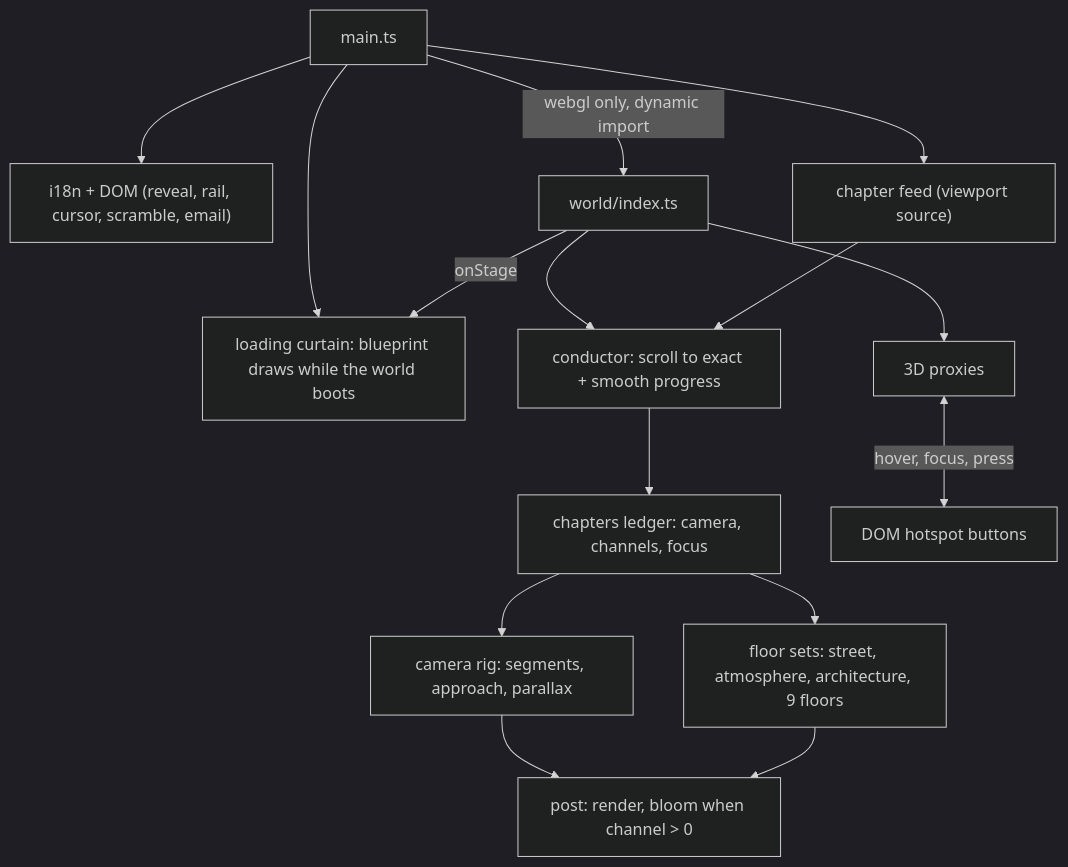
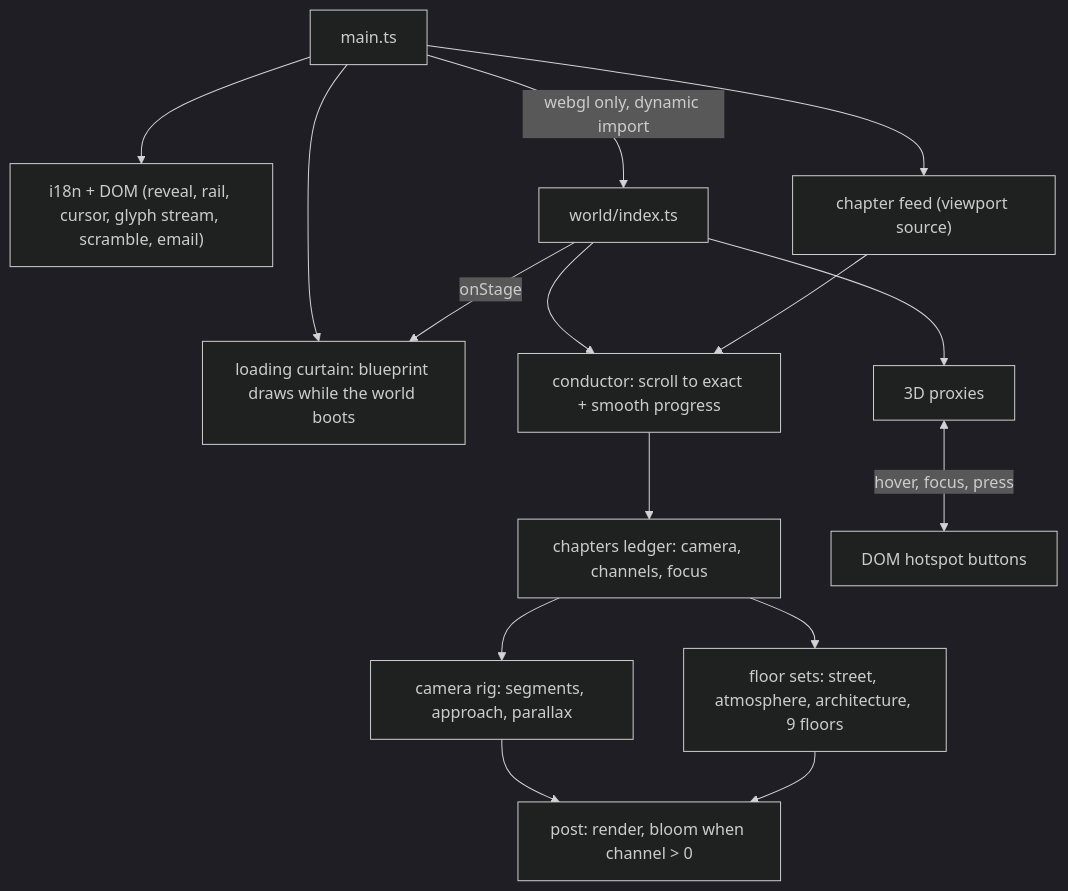
One commit to vitoleonardo/vitoleonardo.github.io changed the diagram in README.md. Above: the diagram before and after it, drawn with Mermaid (dark theme). The commit also changed 5 other files, not shown here.

First line of the commit message:
Pour a glyph stream after the cursor

````diff
--- a/README.md
+++ b/README.md
@@ -19,17 +19,17 @@
 ```mermaid
 flowchart TD
   main["main.ts"] --> loader["loading curtain: blueprint draws while the world boots"]
-  main --> i18n["i18n + DOM (reveal, rail, cursor, scramble, email)"]
+  main --> i18n["i18n + DOM (reveal, rail, cursor, glyph stream, scramble, email)"]
   main --> feed["chapter feed (viewport source)"]
   main -->|"webgl only, dynamic import"| world["world/index.ts"]
   world -->|"onStage"| loader
   world --> conductor["conductor: scroll to exact + smooth progress"]
   conductor --> ledger["chapters ledger: camera, channels, focus"]
   ledger --> rig["camera rig: segments, approach, parallax"]
   ledger --> floors["floor sets: street, atmosphere, architecture, 9 floors"]
   rig --> post["post: render, bloom when channel > 0"]
   floors --> post
   world --> proxies["3D proxies"]
   proxies <-->|"hover, focus, press"| buttons["DOM hotspot buttons"]
   feed --> conductor
 ```
````
